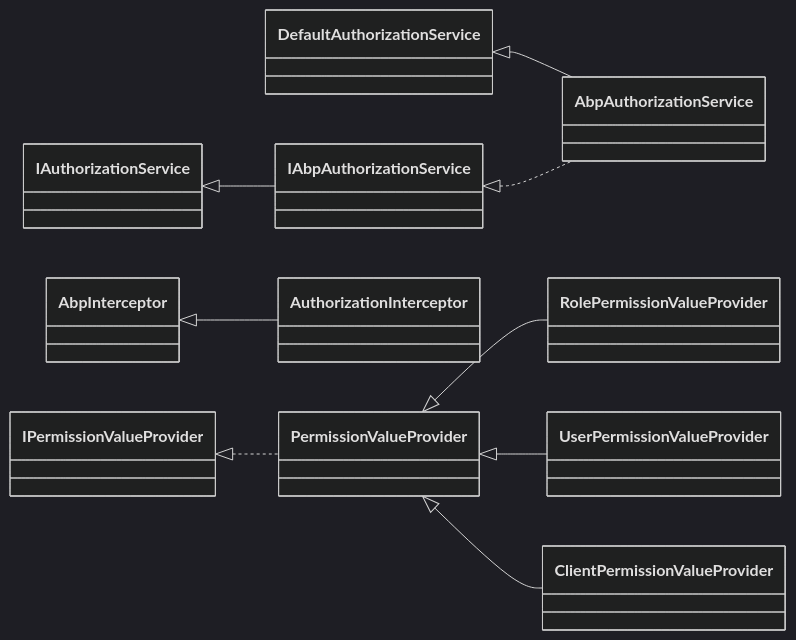
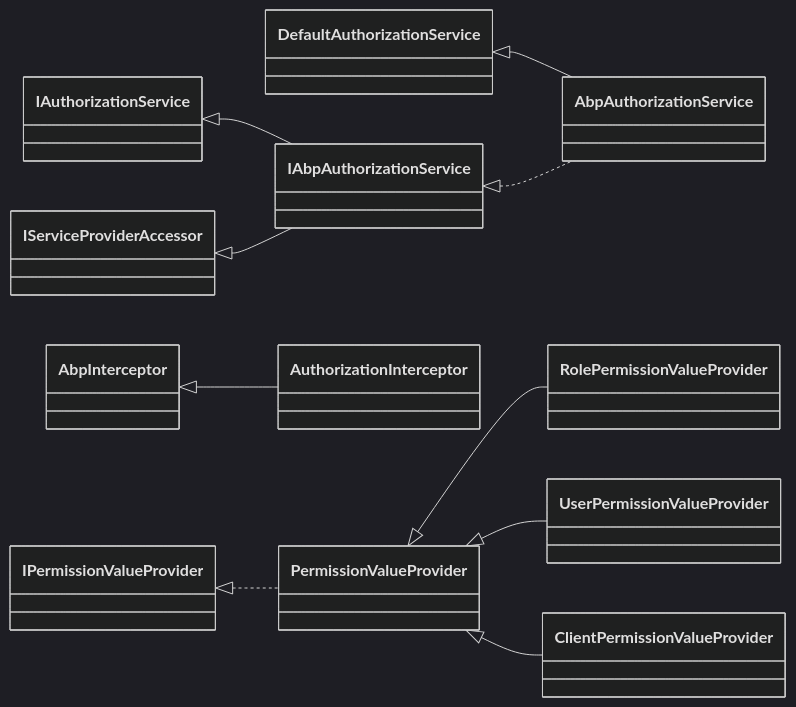
The diagram in cross-cutting/authorization-permissions.mdx (mintlify-atlas/docs-wiki-a1b1ff33), drawn with Mermaid (dark theme) before and after one commit. The commit also changed other lines of this file and 51 other files, not shown here.

````diff
--- a/cross-cutting/authorization-permissions.mdx
+++ b/cross-cutting/authorization-permissions.mdx
@@ -28,12 +28,13 @@
 ```mermaid
 classDiagram
     direction LR
     IAuthorizationService <|-- IAbpAuthorizationService
+    IServiceProviderAccessor <|-- IAbpAuthorizationService
     DefaultAuthorizationService <|-- AbpAuthorizationService
     IAbpAuthorizationService <|.. AbpAuthorizationService
     AbpInterceptor <|-- AuthorizationInterceptor
     IPermissionValueProvider <|.. PermissionValueProvider
     PermissionValueProvider <|-- RolePermissionValueProvider
     PermissionValueProvider <|-- UserPermissionValueProvider
     PermissionValueProvider <|-- ClientPermissionValueProvider
 ```
````
